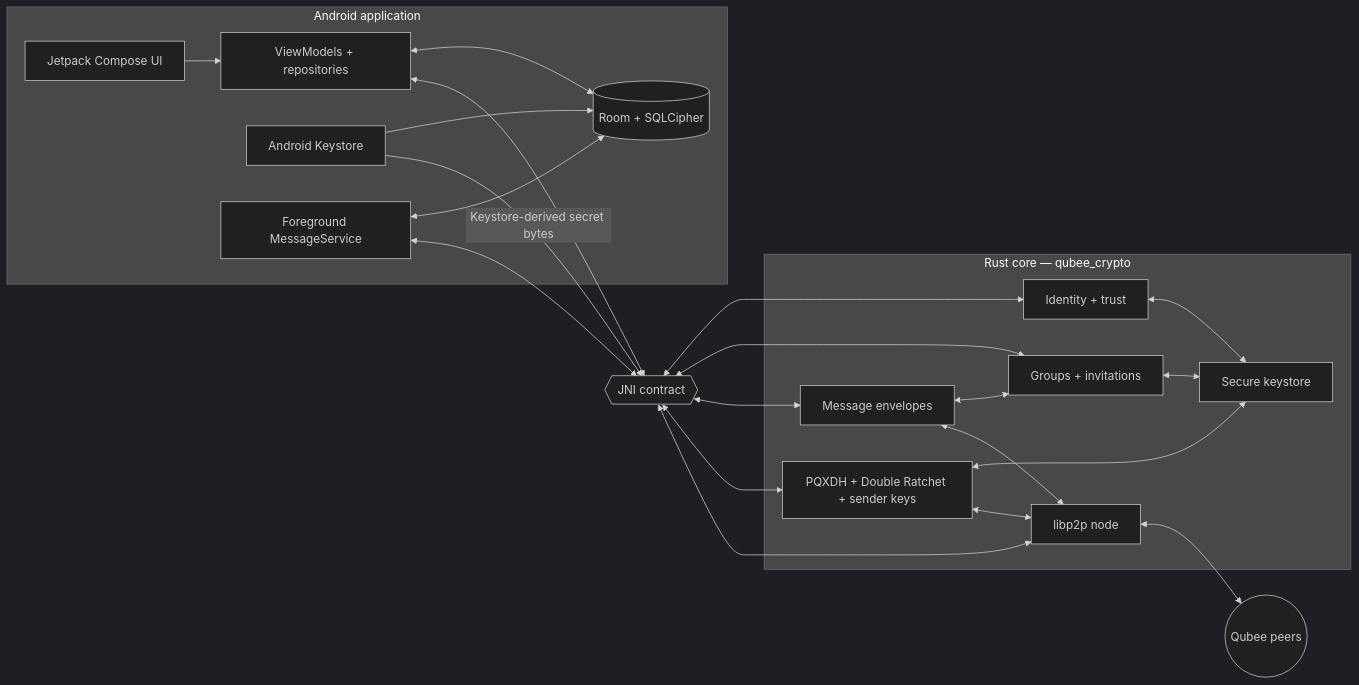
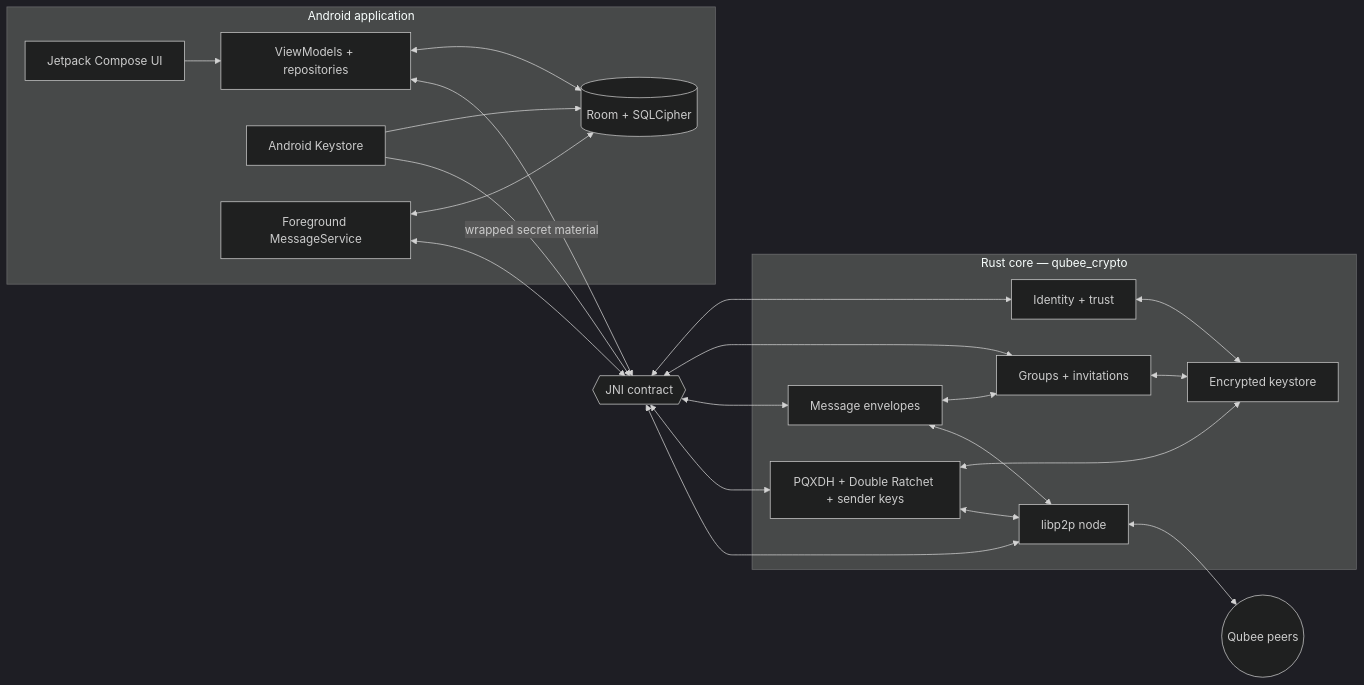
One commit to MKlolbullen/Qubee changed the first of 2 diagrams in README.md. Above: the diagram before and after it, drawn with Mermaid (dark theme). The commit also changed other lines of this file, not shown here.

````diff
--- a/README.md
+++ b/README.md
@@ -122,44 +142,44 @@
 ```mermaid
 flowchart LR
     subgraph Android[Android application]
         UI[Jetpack Compose UI]
         VM[ViewModels + repositories]
         DB[(Room + SQLCipher)]
         KS[Android Keystore]
         SVC[Foreground MessageService]
 
         UI --> VM
         VM <--> DB
         SVC <--> DB
         KS --> DB
     end
 
     JNI{{JNI contract}}
 
     subgraph Rust[Rust core — qubee_crypto]
         ID[Identity + trust]
         GROUPS[Groups + invitations]
         MSG[Message envelopes]
         RATCHET[PQXDH + Double Ratchet + sender keys]
-        STORE[Secure keystore]
+        STORE[Encrypted keystore]
         NET[libp2p node]
 
         ID <--> STORE
         GROUPS <--> STORE
+        RATCHET <--> STORE
         MSG <--> GROUPS
-        RATCHET <--> STORE
         MSG <--> NET
         RATCHET <--> NET
     end
 
     VM <--> JNI
     SVC <--> JNI
-    KS -->|Keystore-derived secret bytes| JNI
+    KS -->|wrapped secret material| JNI
     JNI <--> ID
     JNI <--> GROUPS
     JNI <--> MSG
     JNI <--> RATCHET
     JNI <--> NET
 
     NET <--> PEERS((Qubee peers))
 ```
````
